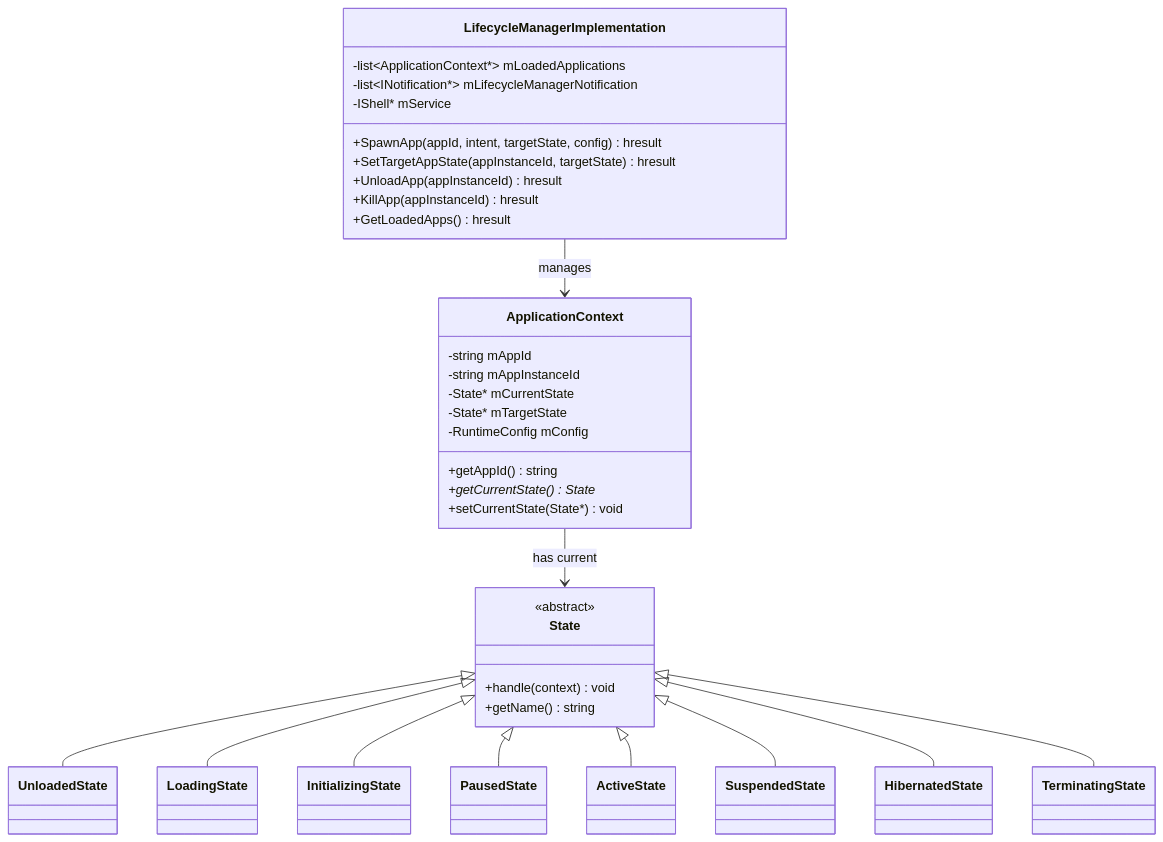
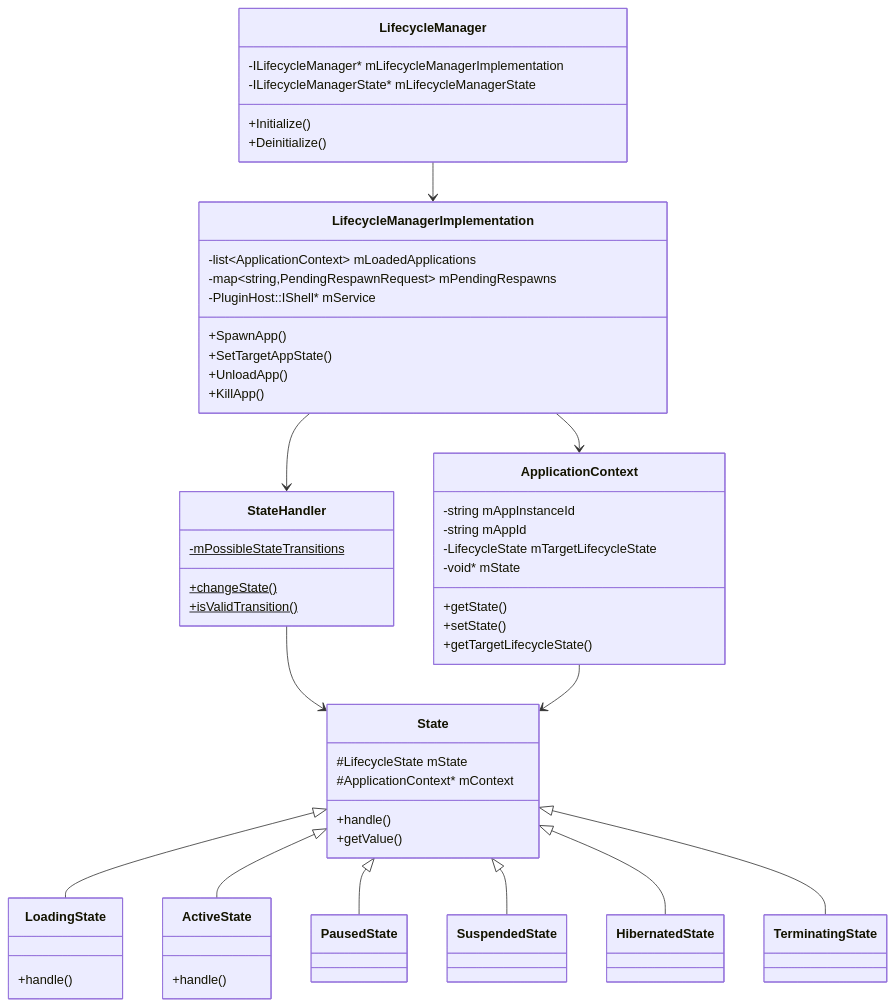
The third of 8 diagrams in LifecycleManager/LifecycleManager.md (rdkcentral/entservices-appmanagers), drawn with Mermaid before and after one commit. The commit also changed other lines of this file and 19 other files, not shown here.

````diff
--- a/LifecycleManager/LifecycleManager.md
+++ b/LifecycleManager/LifecycleManager.md
@@ -102,51 +341,62 @@
 ```mermaid
 classDiagram
+    class LifecycleManager {
+        -ILifecycleManager* mLifecycleManagerImplementation
+        -ILifecycleManagerState* mLifecycleManagerState
+        +Initialize()
+        +Deinitialize()
+    }
+
     class LifecycleManagerImplementation {
-        -list~ApplicationContext*~ mLoadedApplications
-        -list~INotification*~ mLifecycleManagerNotification
-        -IShell* mService
-        +SpawnApp(appId, intent, targetState, config) hresult
-        +SetTargetAppState(appInstanceId, targetState) hresult
-        +UnloadApp(appInstanceId) hresult
-        +KillApp(appInstanceId) hresult
-        +GetLoadedApps() hresult
+        -list~ApplicationContext~ mLoadedApplications
+        -map~string,PendingRespawnRequest~ mPendingRespawns
+        -PluginHost::IShell* mService
+        +SpawnApp()
+        +SetTargetAppState()
+        +UnloadApp()
+        +KillApp()
     }
 
     class ApplicationContext {
+        -string mAppInstanceId
         -string mAppId
-        -string mAppInstanceId
-        -State* mCurrentState
-        -State* mTargetState
-        -RuntimeConfig mConfig
-        +getAppId() string
-        +getCurrentState() State*
-        +setCurrentState(State*) void
+        -LifecycleState mTargetLifecycleState
+        -void* mState
+        +getState()
+        +setState()
+        +getTargetLifecycleState()
+    }
+
+    class StateHandler {
+        +changeState()$
+        +isValidTransition()$
+        -mPossibleStateTransitions$
     }
 
     class State {
-        <<abstract>>
-        +handle(context) void
-        +getName() string
+        #LifecycleState mState
+        #ApplicationContext* mContext
+        +handle()
+        +getValue()
     }
 
-    class UnloadedState
-    class LoadingState
-    class InitializingState
-    class PausedState
-    class ActiveState
-    class SuspendedState
-    class HibernatedState
-    class TerminatingState
+    class LoadingState {
+        +handle()
+    }
 
-    State <|-- UnloadedState
+    class ActiveState {
+        +handle()
+    }
+
+    LifecycleManager --> LifecycleManagerImplementation
+    LifecycleManagerImplementation --> ApplicationContext
+    LifecycleManagerImplementation --> StateHandler
+    StateHandler --> State
     State <|-- LoadingState
-    State <|-- InitializingState
+    State <|-- ActiveState
     State <|-- PausedState
-    State <|-- ActiveState
     State <|-- SuspendedState
     State <|-- HibernatedState
     State <|-- TerminatingState
-
-    LifecycleManagerImplementation --> ApplicationContext: manages
-    ApplicationContext --> State: has current
+    ApplicationContext --> State
 ```
````
